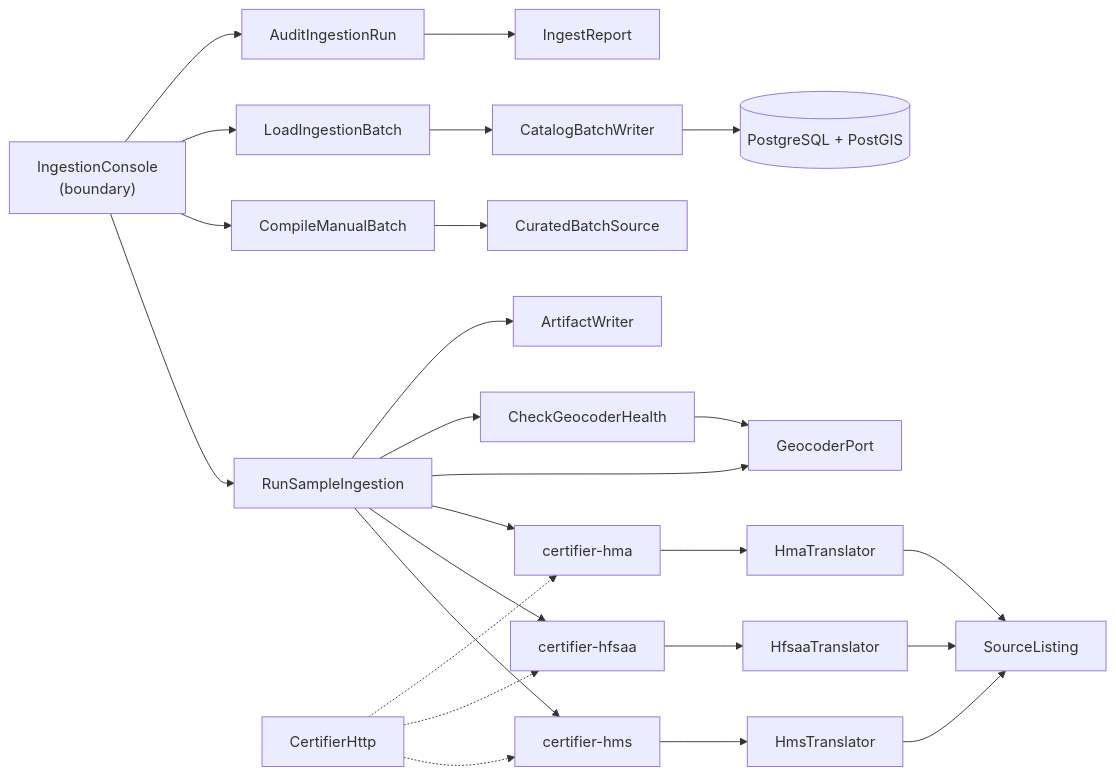
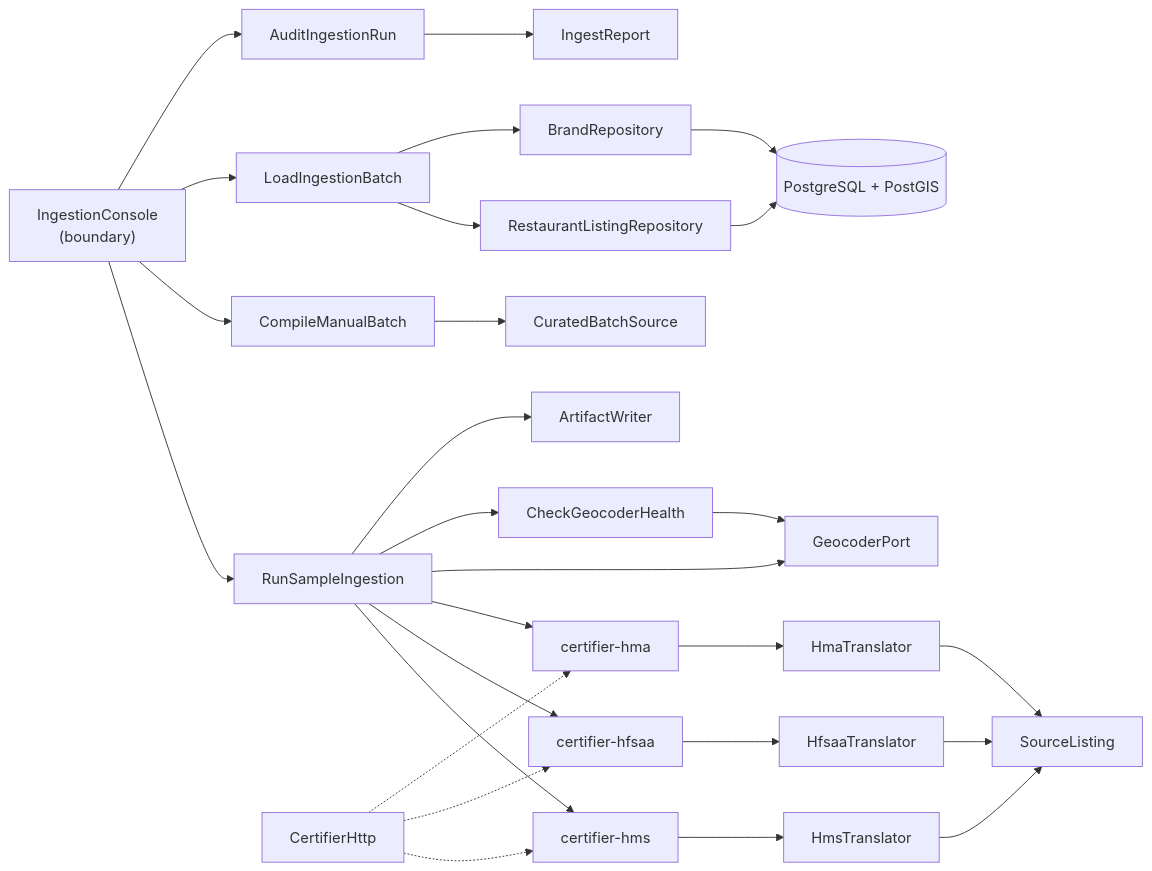
One commit to Losers-Lab/tahirs-list changed the first of 3 diagrams in docs/features/SC-211/05-class-diagram-system.md. Above: the diagram before and after it, drawn with Mermaid. The commit also changed other lines of this file and 7 other files, not shown here.

````diff
--- a/docs/features/SC-211/05-class-diagram-system.md
+++ b/docs/features/SC-211/05-class-diagram-system.md
@@ -7,27 +7,29 @@
 ```mermaid
 flowchart LR
   B["IngestionConsole<br/>(boundary)"] --> C1[RunSampleIngestion]
   B --> C2[CompileManualBatch]
   B --> C3[LoadIngestionBatch]
   B --> C4[AuditIngestionRun]
   C1 --> L1[certifier-hms]
   C1 --> L2[certifier-hfsaa]
   C1 --> L3[certifier-hma]
   L1 --> T1[HmsTranslator]
   L2 --> T2[HfsaaTranslator]
   L3 --> T3[HmaTranslator]
   T1 --> SL[SourceListing]
   T2 --> SL
   T3 --> SL
   C1 --> P2[GeocoderPort]
   C1 --> P6[CheckGeocoderHealth]
   P6 --> P2
   C1 --> P3[ArtifactWriter]
   C2 --> P4[CuratedBatchSource]
-  C3 --> P5[CatalogBatchWriter]
+  C3 --> P5[RestaurantListingRepository]
+  C3 --> P7[BrandRepository]
   P5 --> DB[("PostgreSQL + PostGIS")]
+  P7 --> DB
   C4 --> R[IngestReport]
   CORE[CertifierHttp] -.-> L1
   CORE -.-> L2
   CORE -.-> L3
 ```
````
